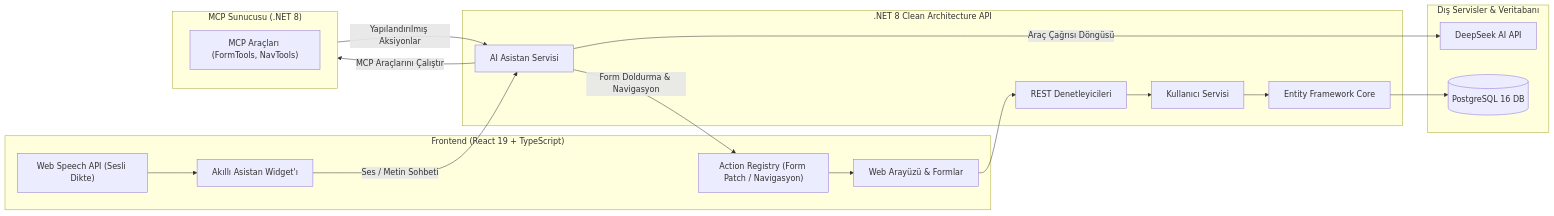
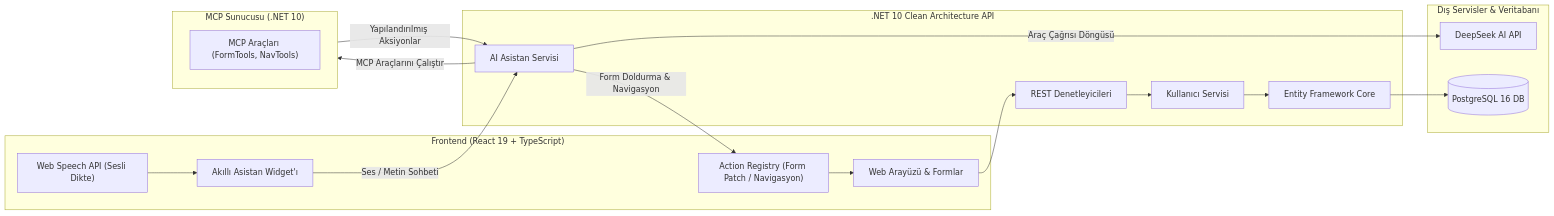
One commit to Furkan-Demircan/McpTest changed the diagram in README_TR.md. Above: the diagram before and after it, drawn with Mermaid. The commit also changed other lines of this file and 15 other files, not shown here.

````diff
--- a/README_TR.md
+++ b/README_TR.md
@@ -21,37 +21,37 @@
 ```mermaid
 flowchart LR
     subgraph Client ["Frontend (React 19 + TypeScript)"]
         UI["Web Arayüzü & Formlar"]
         STT["Web Speech API (Sesli Dikte)"]
         Widget["Akıllı Asistan Widget'ı"]
         ActionReg["Action Registry (Form Patch / Navigasyon)"]
     end
 
-    subgraph Backend [".NET 8 Clean Architecture API"]
+    subgraph Backend [".NET 10 Clean Architecture API"]
         API["REST Denetleyicileri"]
         AI_Svc["AI Asistan Servisi"]
         User_Svc["Kullanıcı Servisi"]
         EF["Entity Framework Core"]
     end
 
-    subgraph MCP_Server ["MCP Sunucusu (.NET 8)"]
+    subgraph MCP_Server ["MCP Sunucusu (.NET 10)"]
         MCP_Tools["MCP Araçları (FormTools, NavTools)"]
     end
 
     subgraph External ["Dış Servisler & Veritabanı"]
         DeepSeek["DeepSeek AI API"]
         PG[("PostgreSQL 16 DB")]
     end
 
     UI --> API
     Widget -->|Ses / Metin Sohbeti| AI_Svc
     STT --> Widget
     AI_Svc -->|Araç Çağrısı Döngüsü| DeepSeek
     AI_Svc -->|MCP Araçlarını Çalıştır| MCP_Server
     MCP_Server -->|Yapılandırılmış Aksiyonlar| AI_Svc
     AI_Svc -->|Form Doldurma & Navigasyon| ActionReg
     ActionReg --> UI
     API --> User_Svc
     User_Svc --> EF
     EF --> PG
 ```
````
